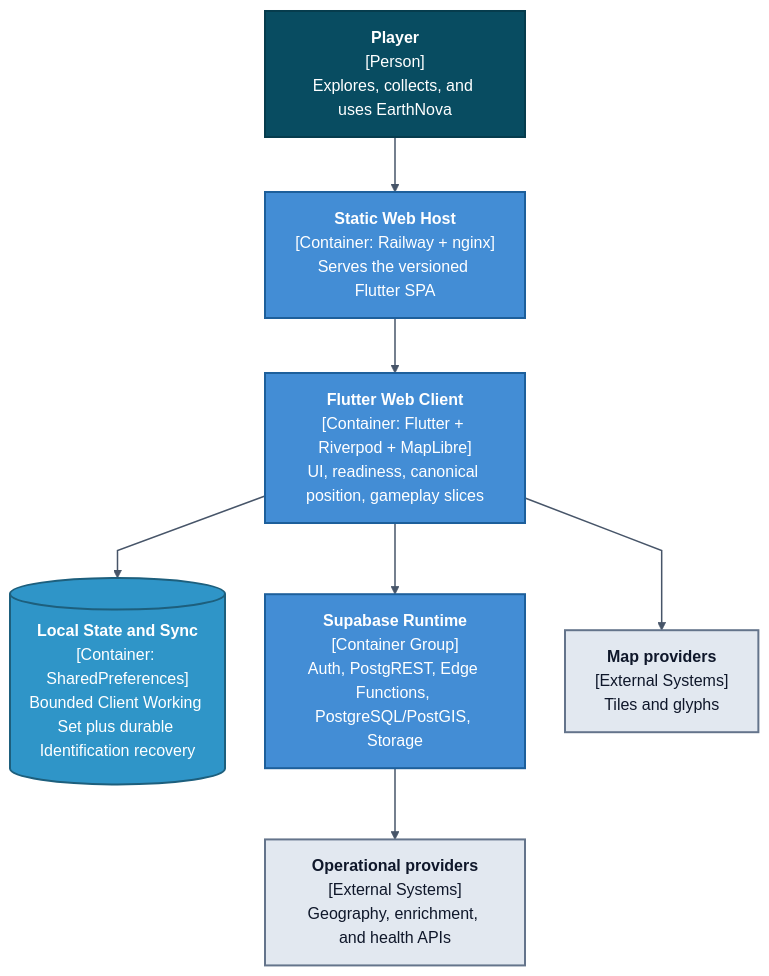
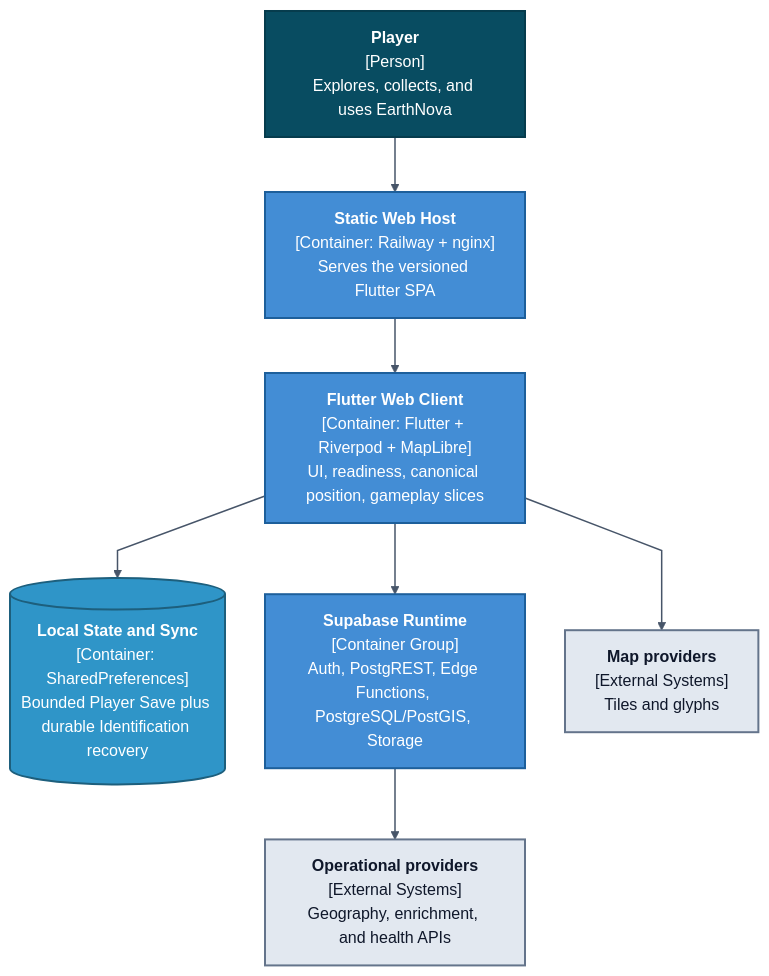
One commit to JMLegere/geo-app changed the diagram in docs/c4/02-container.mmd. Above: the diagram before and after it, drawn with Mermaid. The commit also changed 46 other files, not shown here.

Commit message:
Migrate gameplay to validated local save checkpoints

```diff
--- a/docs/c4/02-container.mmd
+++ b/docs/c4/02-container.mmd
@@ -1,27 +1,27 @@
 %% GENERATED by scripts/generate_c4_diagrams.py — do not edit.
 %%{init: {'theme': 'base', 'themeVariables': {'background': '#ffffff', 'primaryTextColor': '#0f172a', 'lineColor': '#475569', 'fontFamily': 'Arial, sans-serif', 'edgeLabelBackground': '#ffffff', 'actorLineColor': '#64748b', 'signalColor': '#334155', 'labelBoxBorderColor': '#475569', 'labelTextColor': '#0f172a', 'loopLineColor': '#64748b', 'loopTextColor': '#0f172a'}, 'sequence': {'mirrorActors': false, 'diagramMarginX': 30, 'diagramMarginY': 20, 'actorMargin': 40, 'messageMargin': 35}, 'flowchart': {'curve': 'linear', 'nodeSpacing': 40, 'rankSpacing': 55}}}%%
 flowchart TB
     player["<b>Player</b><br/>[Person]<br/>Explores, collects, and uses EarthNova"]
     web["<b>Static Web Host</b><br/>[Container: Railway + nginx]<br/>Serves the versioned Flutter SPA"]
     client["<b>Flutter Web Client</b><br/>[Container: Flutter + Riverpod + MapLibre]<br/>UI, readiness, canonical position, gameplay slices"]
-    working[("<b>Local State and Sync</b><br/>[Container: SharedPreferences]<br/>Bounded Client Working Set plus durable Identification recovery")]
+    working[("<b>Local State and Sync</b><br/>[Container: SharedPreferences]<br/>Bounded Player Save plus durable Identification recovery")]
     supabase["<b>Supabase Runtime</b><br/>[Container Group]<br/>Auth, PostgREST, Edge Functions, PostgreSQL/PostGIS, Storage"]
     maps["<b>Map providers</b><br/>[External Systems]<br/>Tiles and glyphs"]
     operations["<b>Operational providers</b><br/>[External Systems]<br/>Geography, enrichment, and health APIs"]
 
     player --> web
     web --> client
     client --> working
     client --> supabase
     client --> maps
     supabase --> operations
 
     class player person
     class web,client,supabase container
     class working database
     class maps,operations external
     classDef person fill:#084c61,color:#ffffff,stroke:#063c4d,stroke-width:2px;
     classDef container fill:#438dd5,color:#ffffff,stroke:#1d5f9b,stroke-width:2px;
     classDef database fill:#2f95c8,color:#ffffff,stroke:#1d5f7d,stroke-width:2px;
     classDef external fill:#e2e8f0,color:#0f172a,stroke:#64748b,stroke-width:2px;
     linkStyle default stroke:#475569,color:#0f172a,stroke-width:1.5px;
```
